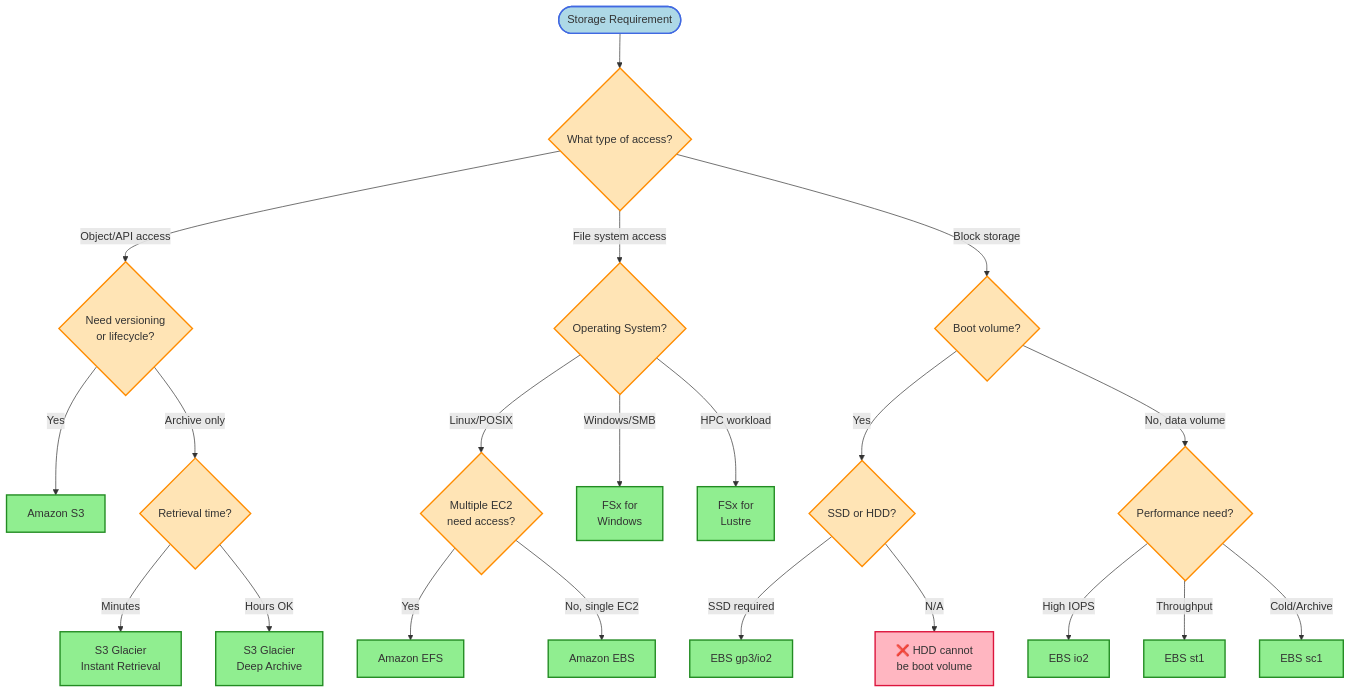
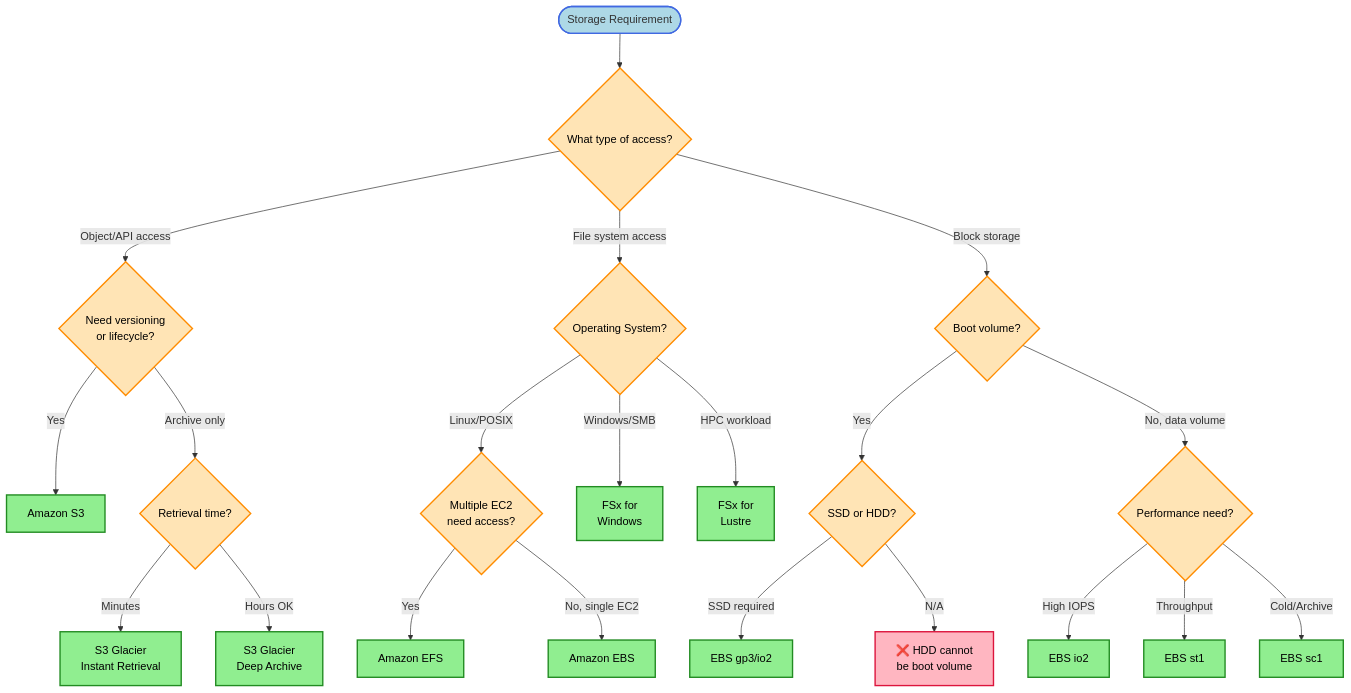
The first of 3 diagrams in aws-architecture-decisions/diagrams/storage-decisions.md (intelliswarm-ai/aws-architectures), drawn with Mermaid before and after one commit. The commit also changed other lines of this file and 13 other files, not shown here.

````diff
--- a/aws-architecture-decisions/diagrams/storage-decisions.md
+++ b/aws-architecture-decisions/diagrams/storage-decisions.md
@@ -7,42 +7,42 @@
 ```mermaid
 flowchart TD
     Start([Storage Requirement]) --> Q1{What type of access?}
 
     Q1 -->|Object/API access| Q2{Need versioning<br/>or lifecycle?}
     Q1 -->|File system access| Q3{Operating System?}
     Q1 -->|Block storage| Q4{Boot volume?}
 
     Q2 -->|Yes| S3[Amazon S3]
     Q2 -->|Archive only| Q5{Retrieval time?}
 
     Q5 -->|Minutes| GLACIER[S3 Glacier<br/>Instant Retrieval]
     Q5 -->|Hours OK| DEEP[S3 Glacier<br/>Deep Archive]
 
     Q3 -->|Linux/POSIX| Q6{Multiple EC2<br/>need access?}
     Q3 -->|Windows/SMB| FSX_WIN[FSx for<br/>Windows]
     Q3 -->|HPC workload| FSX_LUSTRE[FSx for<br/>Lustre]
 
     Q6 -->|Yes| EFS[Amazon EFS]
     Q6 -->|No, single EC2| EBS[Amazon EBS]
 
     Q4 -->|Yes| Q7{SSD or HDD?}
     Q4 -->|No, data volume| Q8{Performance need?}
 
     Q7 -->|SSD required| GP3[EBS gp3/io2]
     Q7 -->|N/A| INVALID[❌ HDD cannot<br/>be boot volume]
 
     Q8 -->|High IOPS| IO2[EBS io2]
     Q8 -->|Throughput| ST1[EBS st1]
     Q8 -->|Cold/Archive| SC1[EBS sc1]
 
     %% Styling
-    classDef service fill:#90EE90,stroke:#228B22,stroke-width:2px
-    classDef question fill:#FFE4B5,stroke:#FF8C00,stroke-width:2px
+    classDef service fill:#90EE90,stroke:#228B22,stroke-width:2px,color:#000000
+    classDef question fill:#FFE4B5,stroke:#FF8C00,stroke-width:2px,color:#000000
     classDef start fill:#ADD8E6,stroke:#4169E1,stroke-width:2px
-    classDef invalid fill:#FFB6C1,stroke:#DC143C,stroke-width:2px
+    classDef invalid fill:#FFB6C1,stroke:#DC143C,stroke-width:2px,color:#000000
 
     class Start start
     class Q1,Q2,Q3,Q4,Q5,Q6,Q7,Q8 question
     class S3,GLACIER,DEEP,FSX_WIN,FSX_LUSTRE,EFS,EBS,GP3,IO2,ST1,SC1 service
     class INVALID invalid
 ```
````
